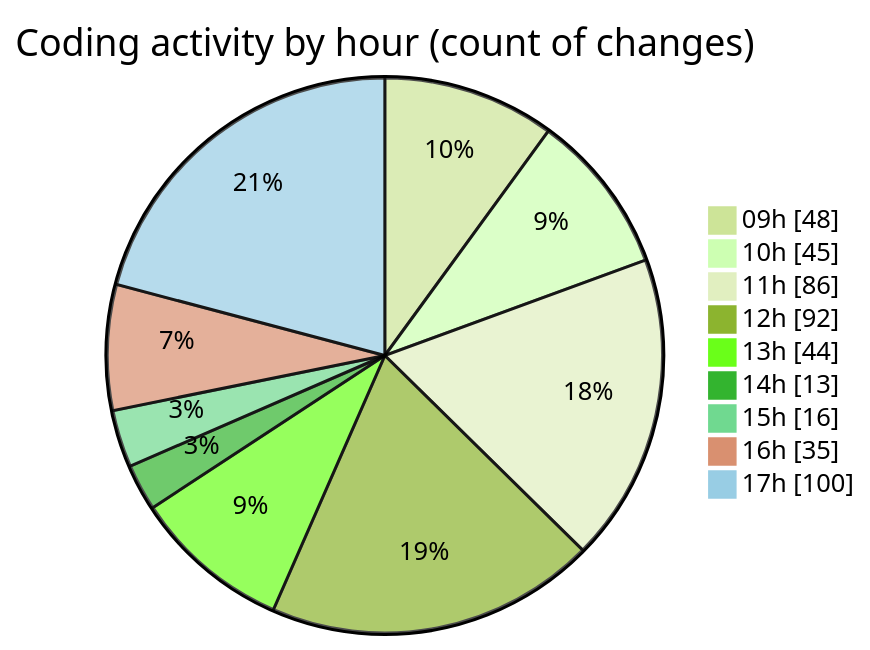
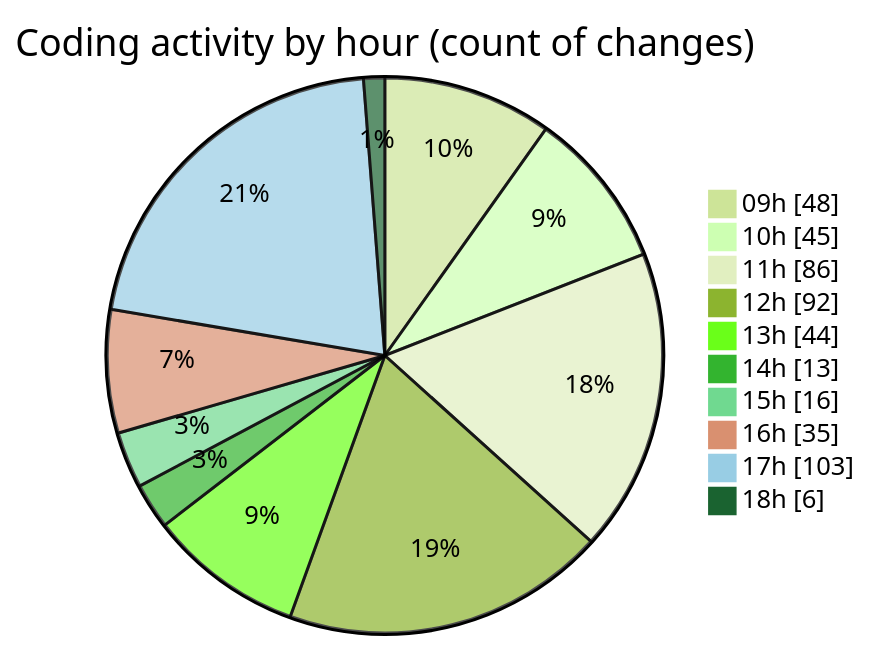
Before and after one commit to momahboobian/code-tracking: the second of 2 diagrams in 2025-03-14/cda/README.md, drawn with Mermaid (forest theme). The commit also changed other lines of this file and 1 other file, not shown here.

````diff
--- a/2025-03-14/cda/README.md
+++ b/2025-03-14/cda/README.md
@@ -51,13 +51,14 @@
 ```mermaid
 pie showData
 title Coding activity by hour (count of changes)
 "09h" : 48
 "10h" : 45
 "11h" : 86
 "12h" : 92
 "13h" : 44
 "14h" : 13
 "15h" : 16
 "16h" : 35
-"17h" : 100
+"17h" : 103
+"18h" : 6
 ```
````
